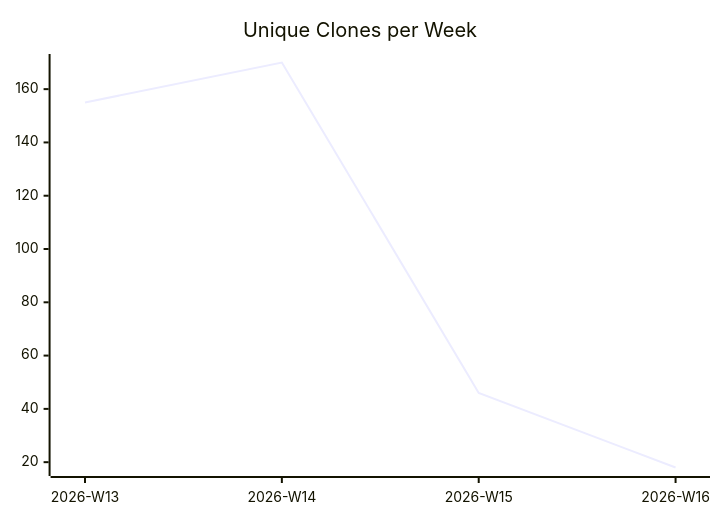
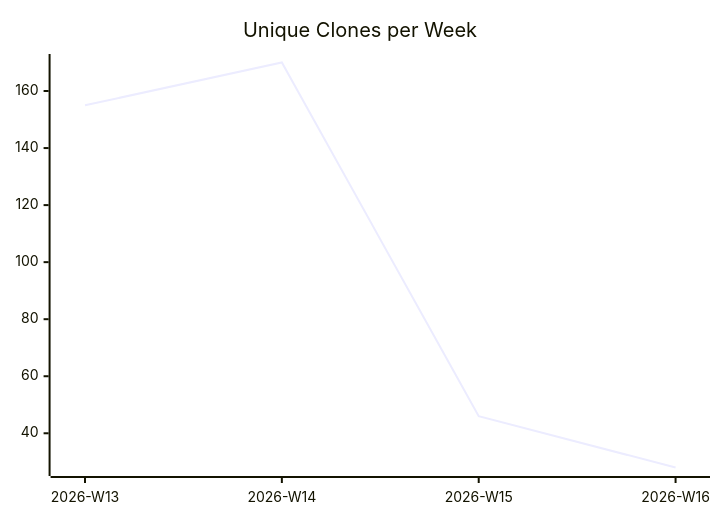
Before and after one commit to justdavis-family/github-analytics-data: the third of 3 diagrams in karlmdavis/justdavis-finances/README.md, drawn with Mermaid. The commit also changed other lines of this file and 190 other files, not shown here.

````diff
--- a/karlmdavis/justdavis-finances/README.md
+++ b/karlmdavis/justdavis-finances/README.md
@@ -19,6 +19,6 @@
 ```mermaid
 xychart-beta
   title "Unique Clones per Week"
   x-axis ["2026-W13", "2026-W14", "2026-W15", "2026-W16"]
-  line [155, 170, 46, 18]
+  line [155, 170, 46, 28]
 ```
````
